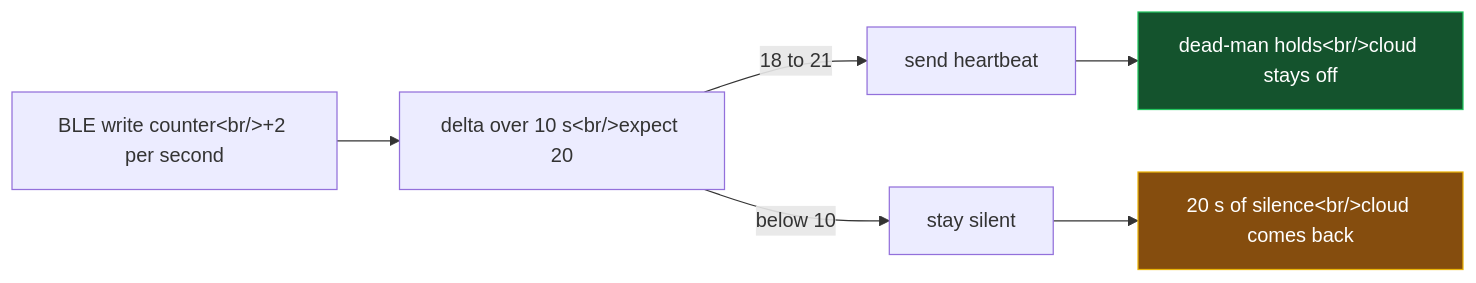
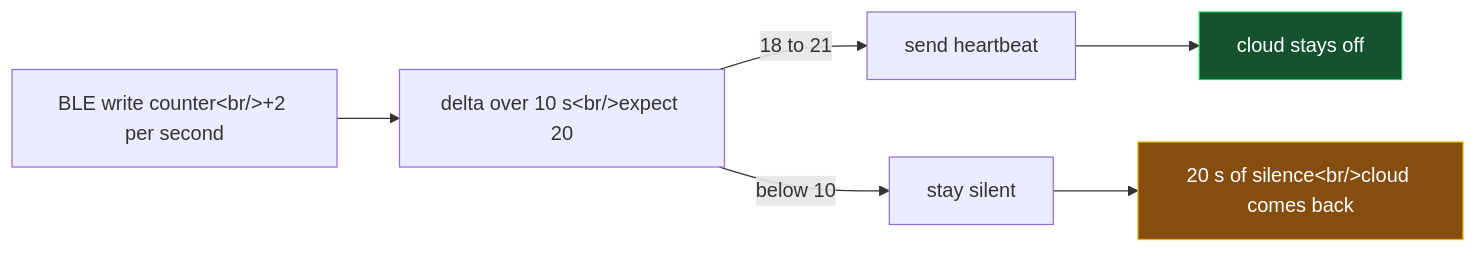
Before and after one commit to phoinixgrr/mastori: diagram 14 of 16 in content/posts/ecoflow-zero-export-ble-meter-injection/index.md, drawn with Mermaid. The commit also changed other lines of this file, not shown here.

```diff
--- a/content/posts/ecoflow-zero-export-ble-meter-injection/index.md
+++ b/content/posts/ecoflow-zero-export-ble-meter-injection/index.md
@@ -585,11 +494,11 @@
 {{< mermaid >}}
 flowchart LR
     W["BLE write counter&lt;br/&gt;+2 per second"] --> D["delta over 10 s&lt;br/&gt;expect 20"]
     D -->|"18 to 21"| H["send heartbeat"]
     D -->|"below 10"| X["stay silent"]
-    H --> M["dead-man holds&lt;br/&gt;cloud stays off"]
+    H --> M["cloud stays off"]
     X --> F["20 s of silence&lt;br/&gt;cloud comes back"]
 
     style F fill:#854d0e,stroke:#eab308,color:#fff
     style M fill:#14532d,stroke:#22c55e,color:#fff
 {{< /mermaid >}}
```
